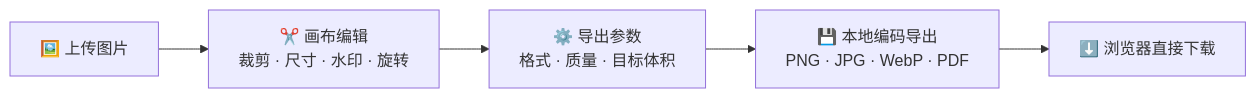
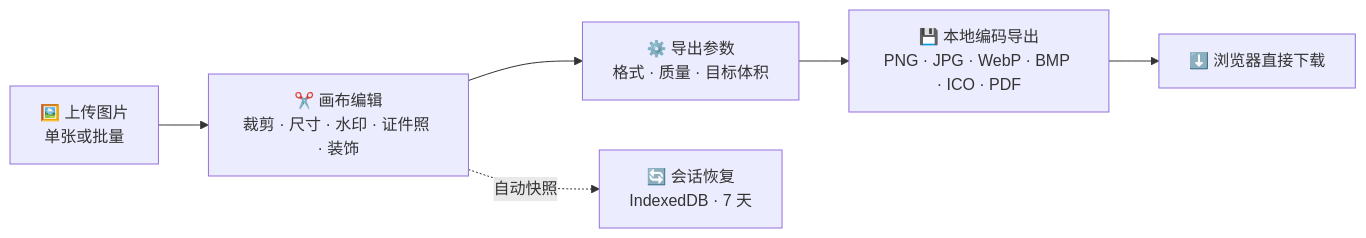
The diagram in README.zh-CN.md (Mocas-12/photochange), drawn with Mermaid before and after one commit. The commit also changed other lines of this file and 1 other file, not shown here.

````diff
--- a/README.zh-CN.md
+++ b/README.zh-CN.md
@@ -68,7 +70,8 @@
 ```mermaid
 flowchart LR
-    A[🖼️ 上传图片] --> B[✂️ 画布编辑<br/>裁剪 · 尺寸 · 水印 · 旋转]
+    A[🖼️ 上传图片<br/>单张或批量] --> B[✂️ 画布编辑<br/>裁剪 · 尺寸 · 水印 · 证件照 · 装饰]
     B --> C[⚙️ 导出参数<br/>格式 · 质量 · 目标体积]
-    C --> D[💾 本地编码导出<br/>PNG · JPG · WebP · PDF]
+    C --> D[💾 本地编码导出<br/>PNG · JPG · WebP · BMP · ICO · PDF]
     D --> E[⬇️ 浏览器直接下载]
+    B -.自动快照.-> F[🔄 会话恢复<br/>IndexedDB · 7 天]
 ```
````
